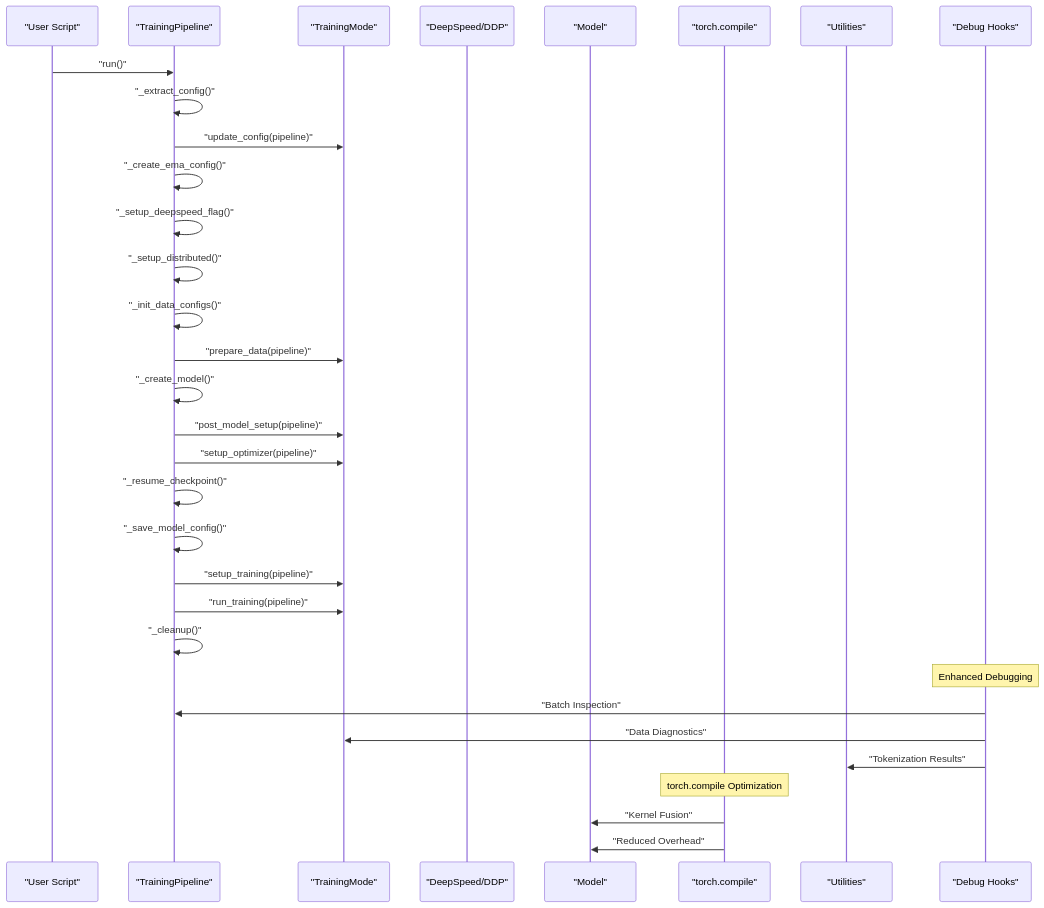
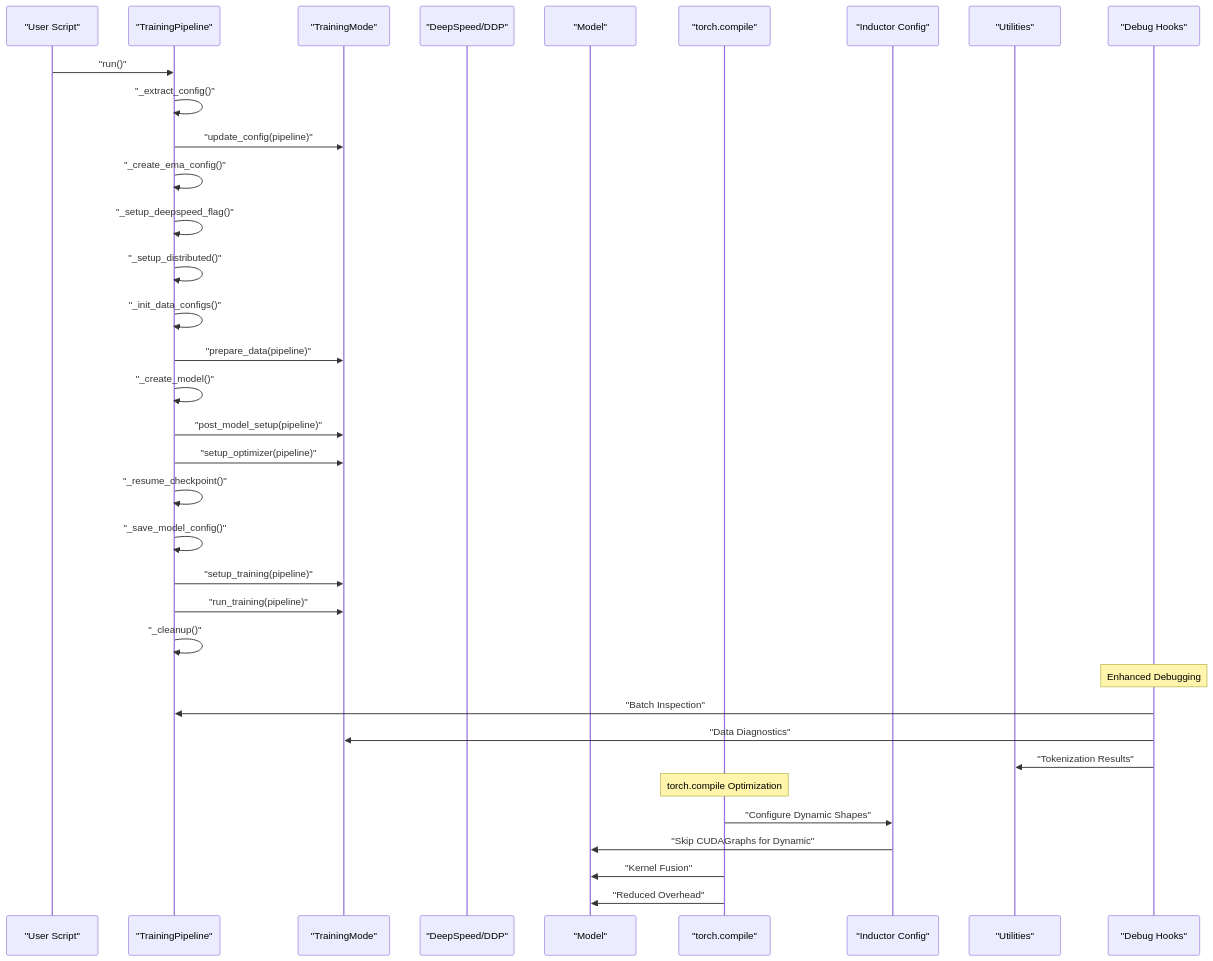
The second of 8 diagrams in .qoder/repowiki/en/content/Training Pipeline/Training Pipeline.md (alibaba/graph-gpt), drawn with Mermaid before and after one commit. The commit also changed other lines of this file and 7 other files, not shown here.

````diff
--- a/.qoder/repowiki/en/content/Training Pipeline/Training Pipeline.md
+++ b/.qoder/repowiki/en/content/Training Pipeline/Training Pipeline.md
@@ -159,34 +164,37 @@
 ```mermaid
 sequenceDiagram
 participant User as "User Script"
 participant TP as "TrainingPipeline"
 participant Mode as "TrainingMode"
 participant DS as "DeepSpeed/DDP"
 participant Model as "Model"
 participant TC as "torch.compile"
+participant Inductor as "Inductor Config"
 participant Utils as "Utilities"
 participant Debug as "Debug Hooks"
 User->>TP : "run()"
 TP->>TP : "_extract_config()"
 TP->>Mode : "update_config(pipeline)"
 TP->>TP : "_create_ema_config()"
 TP->>TP : "_setup_deepspeed_flag()"
 TP->>TP : "_setup_distributed()"
 TP->>TP : "_init_data_configs()"
 TP->>Mode : "prepare_data(pipeline)"
 TP->>TP : "_create_model()"
 TP->>Mode : "post_model_setup(pipeline)"
 TP->>Mode : "setup_optimizer(pipeline)"
 TP->>TP : "_resume_checkpoint()"
 TP->>TP : "_save_model_config()"
 TP->>Mode : "setup_training(pipeline)"
 TP->>Mode : "run_training(pipeline)"
 TP->>TP : "_cleanup()"
 Note over Debug : Enhanced Debugging
 Debug->>TP : "Batch Inspection"
 Debug->>Mode : "Data Diagnostics"
 Debug->>Utils : "Tokenization Results"
 Note over TC : torch.compile Optimization
+TC->>Inductor : "Configure Dynamic Shapes"
+Inductor->>Model : "Skip CUDAGraphs for Dynamic"
 TC->>Model : "Kernel Fusion"
 TC->>Model : "Reduced Overhead"
 ```
````
